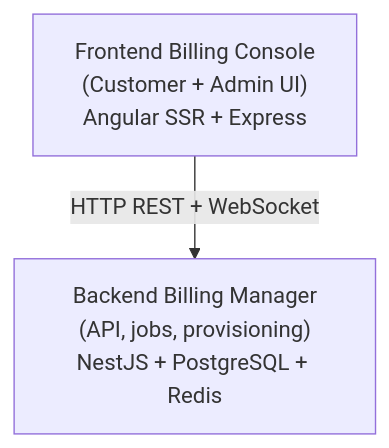
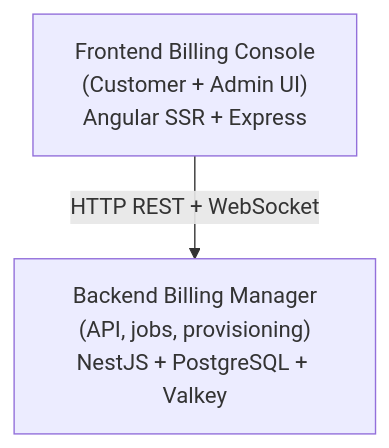
The diagram in docs/decabill/README.md (forepath/one), drawn with Mermaid before and after one commit. The commit also changed other lines of this file and 92 other files, not shown here.

````diff
--- a/docs/decabill/README.md
+++ b/docs/decabill/README.md
@@ -99,6 +99,6 @@
 ```mermaid
 graph TB
     FE["Frontend Billing Console<br/>(Customer + Admin UI)<br/>Angular SSR + Express"]
-    BM["Backend Billing Manager<br/>(API, jobs, provisioning)<br/>NestJS + PostgreSQL + Redis"]
+    BM["Backend Billing Manager<br/>(API, jobs, provisioning)<br/>NestJS + PostgreSQL + Valkey"]
     FE -->|"HTTP REST + WebSocket"| BM
 ```
````
